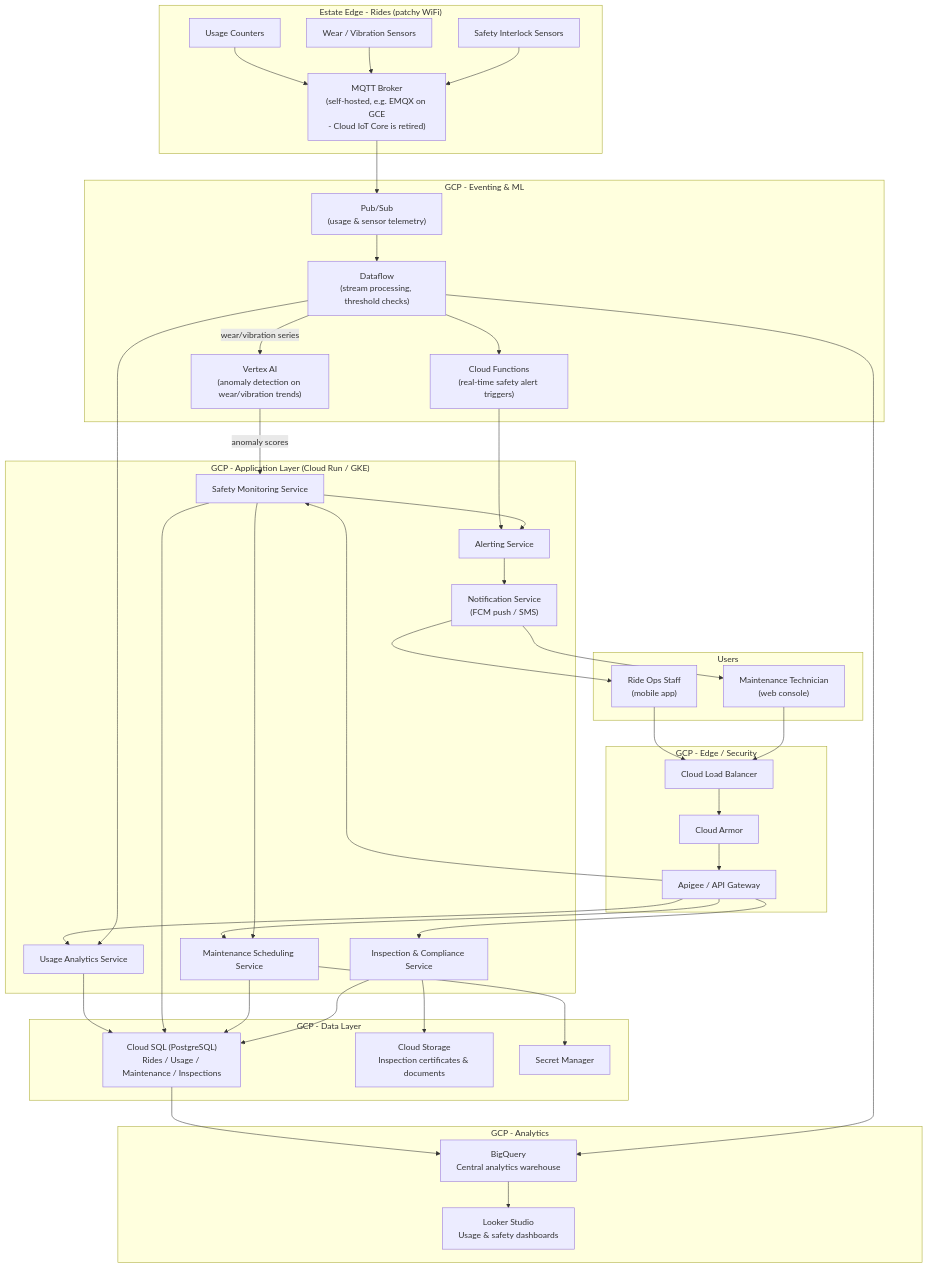
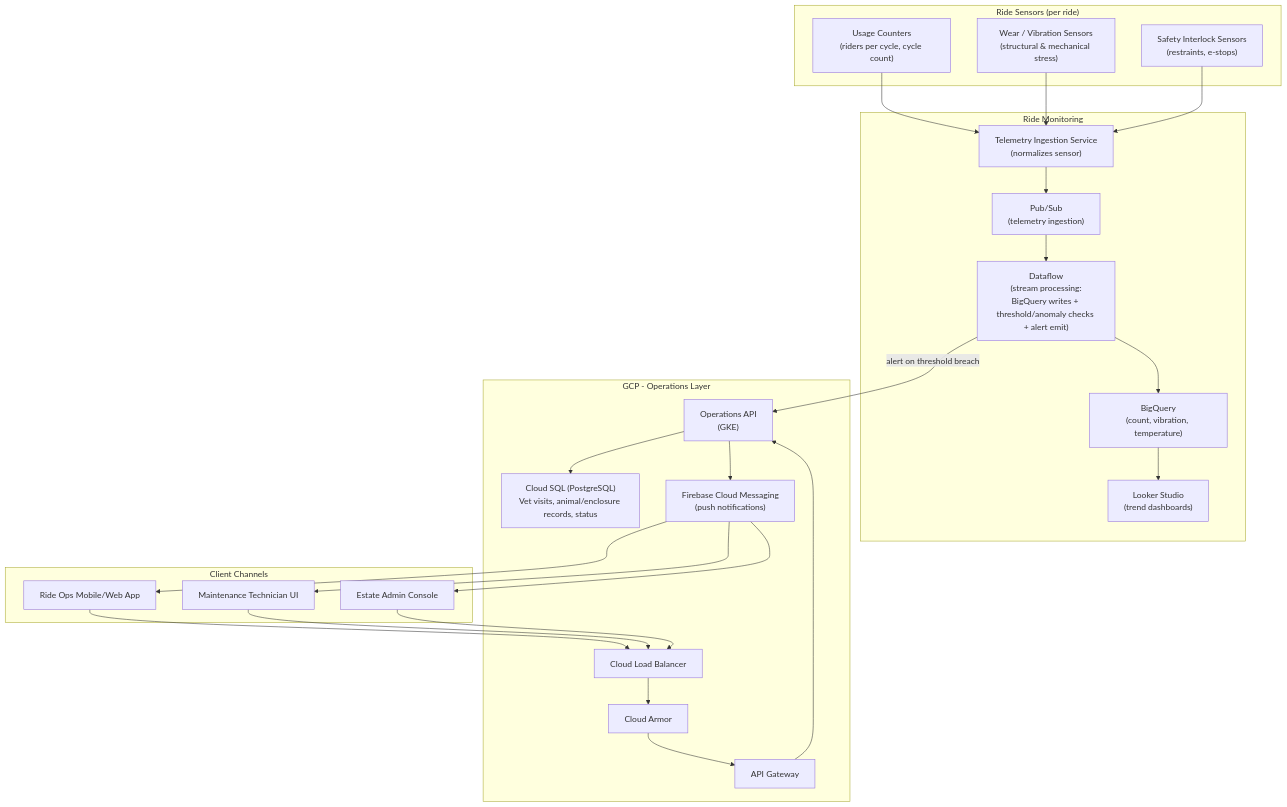
Before and after one commit to prafulnaveen/Marsian: the diagram in hld/ride_monitoring_system/infra.md, drawn with Mermaid. The commit also changed other lines of this file and 3 other files, not shown here.

Commit message:
Updated the ride monitoring and animal health monitoring system

````diff
--- a/hld/ride_monitoring_system/infra.md
+++ b/hld/ride_monitoring_system/infra.md
@@ -5,87 +33,50 @@
 ```mermaid
 flowchart TB
 
-    subgraph EDGE["Estate Edge - Rides (patchy WiFi)"]
-        USAGESENSOR["Usage Counters"]
-        WEARSENSOR["Wear / Vibration Sensors"]
-        SAFETYSENSOR["Safety Interlock Sensors"]
-        MQTTBROKER["MQTT Broker\n(self-hosted, e.g. EMQX on GCE\n- Cloud IoT Core is retired)"]
+    subgraph SENSORS["Ride Sensors (per ride)"]
+        USAGESENSOR["Usage Counters\n(riders per cycle, cycle count)"]
+        WEARSENSOR["Wear / Vibration Sensors\n(structural & mechanical stress)"]
+        SAFETYSENSOR["Safety Interlock Sensors\n(restraints, e-stops)"]
     end
 
-    subgraph USERS["Users"]
-        RIDEOPS["Ride Ops Staff\n(mobile app)"]
-        MAINT["Maintenance Technician\n(web console)"]
+    subgraph CORE["Ride Monitoring"]
+        INGEST["Telemetry Ingestion Service\n(normalizes sensor)"]
+        PUBSUB["Pub/Sub\n(telemetry ingestion)"]
+        DATAFLOW["Dataflow\n(stream processing:\nBigQuery writes + threshold/anomaly checks + alert emit)"]
+        BQ["BigQuery\n(count, vibration, temperature)"]
+        LOOKER["Looker Studio\n(trend dashboards)"]
+
     end
 
-    subgraph GCPEDGE["GCP - Edge / Security"]
+    subgraph GCPOPS["GCP - Operations Layer"]
         LB["Cloud Load Balancer"]
         ARMOR["Cloud Armor"]
-        APIGW["Apigee / API Gateway"]
+        APIGW["API Gateway"]
+        OPSAPI["Operations API\n(GKE)"]
+        CLOUDSQL["Cloud SQL (PostgreSQL)\nVet visits, animal/enclosure records, status"]
+        FCM["Firebase Cloud Messaging\n(push notifications)"]
     end
 
-    subgraph GCPSTREAM["GCP - Eventing & ML"]
-        PUBSUB["Pub/Sub\n(usage & sensor telemetry)"]
-        DATAFLOW["Dataflow\n(stream processing, threshold checks)"]
-        VERTEXAI["Vertex AI\n(anomaly detection on wear/vibration trends)"]
-        FUNCTIONS["Cloud Functions\n(real-time safety alert triggers)"]
+    subgraph CLIENTS["Client Channels"]
+        RIDEOPSUI["Ride Ops Mobile/Web App"]
+        MAINTUI["Maintenance Technician UI"]
+        ADMINUI["Estate Admin Console"]
     end
 
-    subgraph GCPCOMPUTE["GCP - Application Layer (Cloud Run / GKE)"]
-        SVC_USAGE["Usage Analytics Service"]
-        SVC_SAFETY["Safety Monitoring Service"]
-        SVC_MAINT["Maintenance Scheduling Service"]
-        SVC_INSPECT["Inspection & Compliance Service"]
-        SVC_ALERT["Alerting Service"]
-        SVC_NOTIFY["Notification Service\n(FCM push / SMS)"]
-    end
-
-    subgraph GCPDATA["GCP - Data Layer"]
-        CLOUDSQL["Cloud SQL (PostgreSQL)\nRides / Usage / Maintenance / Inspections"]
-        GCS["Cloud Storage\nInspection certificates & documents"]
-        SECRETS["Secret Manager"]
-    end
-
-    subgraph GCPANALYTICS["GCP - Analytics"]
-        BQ["BigQuery\nCentral analytics warehouse"]
-        LOOKER["Looker Studio\nUsage & safety dashboards"]
-    end
-
-    USAGESENSOR --> MQTTBROKER
-    WEARSENSOR --> MQTTBROKER
-    SAFETYSENSOR --> MQTTBROKER
-    MQTTBROKER --> PUBSUB
-
-    RIDEOPS --> LB
-    MAINT --> LB
-    LB --> ARMOR --> APIGW
-
-    APIGW --> SVC_USAGE
-    APIGW --> SVC_SAFETY
-    APIGW --> SVC_MAINT
-    APIGW --> SVC_INSPECT
-
-    PUBSUB --> DATAFLOW
-    DATAFLOW --> SVC_USAGE
-    DATAFLOW -->|"wear/vibration series"| VERTEXAI
-    VERTEXAI -->|"anomaly scores"| SVC_SAFETY
-
-    DATAFLOW --> FUNCTIONS
-    FUNCTIONS --> SVC_ALERT
-    SVC_SAFETY --> SVC_ALERT
-    SVC_ALERT --> SVC_NOTIFY
-    SVC_NOTIFY --> RIDEOPS
-    SVC_NOTIFY --> MAINT
-
-    SVC_SAFETY --> SVC_MAINT
-
-    SVC_USAGE --> CLOUDSQL
-    SVC_SAFETY --> CLOUDSQL
-    SVC_MAINT --> CLOUDSQL
-    SVC_INSPECT --> CLOUDSQL
-    SVC_INSPECT --> GCS
-    SVC_MAINT --> SECRETS
-
-    CLOUDSQL --> BQ
-    DATAFLOW --> BQ
-    BQ --> LOOKER
+    USAGESENSOR --> INGEST
+    WEARSENSOR --> INGEST
+    SAFETYSENSOR --> INGEST
+    INGEST --> PUBSUB --> DATAFLOW
+    DATAFLOW --> BQ --> LOOKER
+    DATAFLOW -->|"alert on threshold breach"| OPSAPI
+    
+    RIDEOPSUI --> LB
+    MAINTUI --> LB
+    ADMINUI --> LB
+    LB --> ARMOR --> APIGW --> OPSAPI
+    OPSAPI --> CLOUDSQL
+    OPSAPI --> FCM
+    FCM --> RIDEOPSUI
+    FCM --> MAINTUI
+    FCM --> ADMINUI
 ```
````
